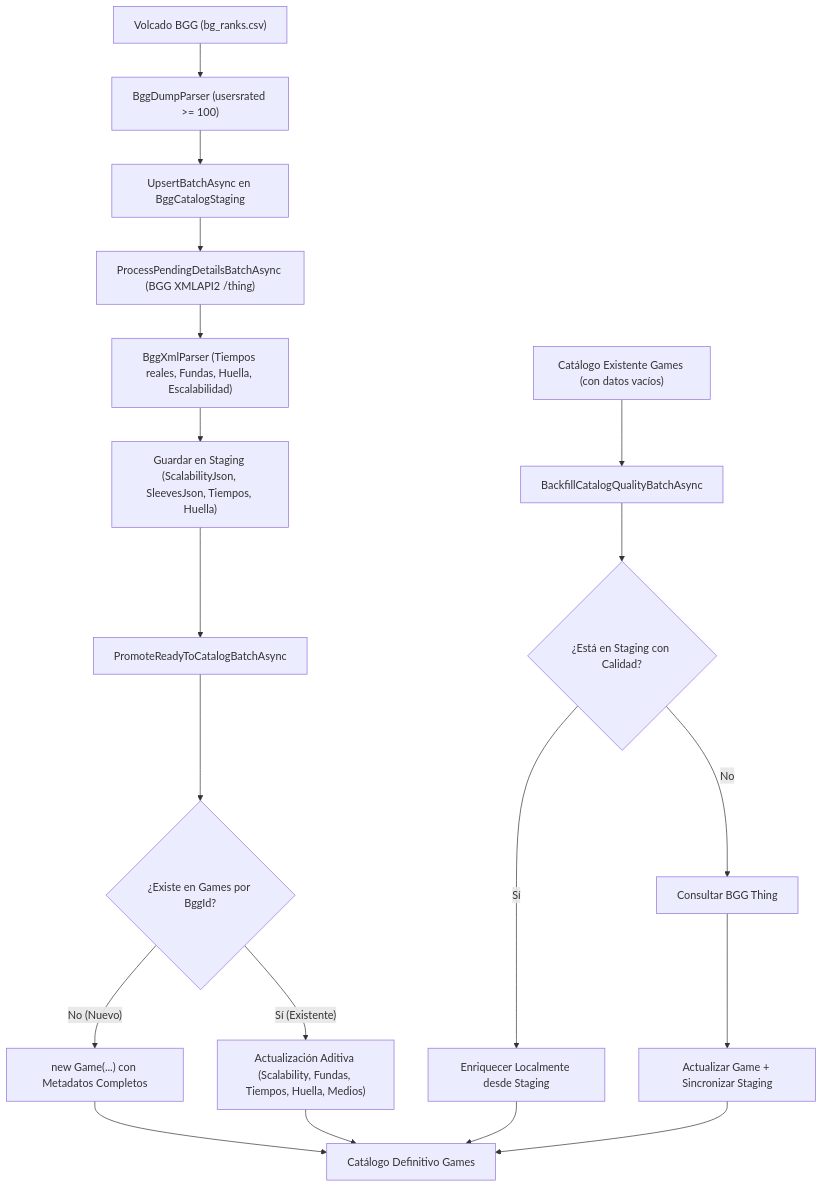
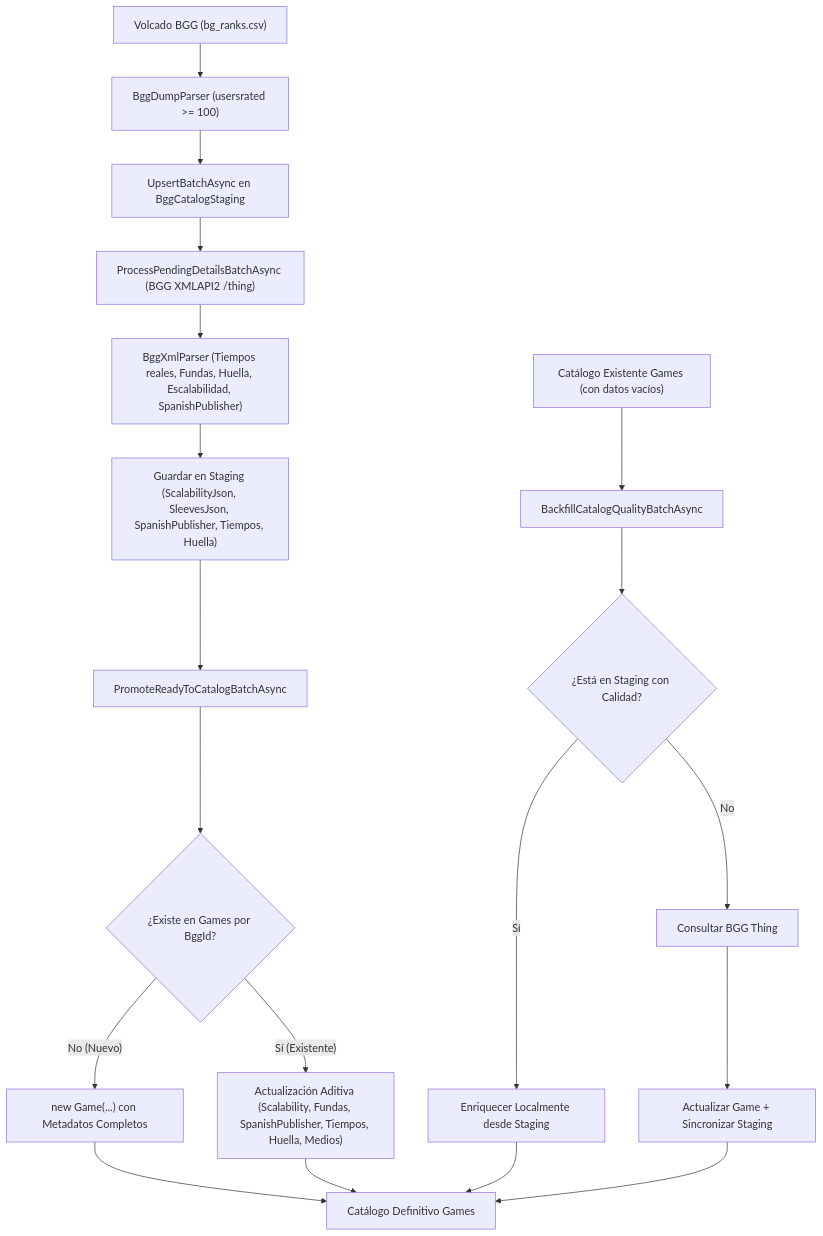
The diagram in openspec/changes/change-73-ingesta-enriquecimiento-catalogo/design.md (IGutierrezZ/ludeka), drawn with Mermaid before and after one commit. The commit also changed other lines of this file and 3 other files, not shown here.

````diff
--- a/openspec/changes/change-73-ingesta-enriquecimiento-catalogo/design.md
+++ b/openspec/changes/change-73-ingesta-enriquecimiento-catalogo/design.md
@@ -49,24 +73,24 @@
 ```mermaid
 flowchart TD
     A["Volcado BGG (bg_ranks.csv)"] --> B["BggDumpParser (usersrated >= 100)"]
     B --> C["UpsertBatchAsync en BggCatalogStaging"]
     
     C --> D["ProcessPendingDetailsBatchAsync (BGG XMLAPI2 /thing)"]
-    D --> E["BggXmlParser (Tiempos reales, Fundas, Huella, Escalabilidad)"]
-    E --> F["Guardar en Staging (ScalabilityJson, SleevesJson, Tiempos, Huella)"]
+    D --> E["BggXmlParser (Tiempos reales, Fundas, Huella, Escalabilidad, SpanishPublisher)"]
+    E --> F["Guardar en Staging (ScalabilityJson, SleevesJson, SpanishPublisher, Tiempos, Huella)"]
     
     F --> G["PromoteReadyToCatalogBatchAsync"]
     G --> H{"¿Existe en Games por BggId?"}
     H -- "No (Nuevo)" --> I["new Game(...) con Metadatos Completos"]
-    H -- "Sí (Existente)" --> J["Actualización Aditiva (Scalability, Fundas, Tiempos, Huella, Medios)"]
+    H -- "Sí (Existente)" --> J["Actualización Aditiva (Scalability, Fundas, SpanishPublisher, Tiempos, Huella, Medios)"]
     I --> K["Catálogo Definitivo Games"]
     J --> K
     
     L["Catálogo Existente Games (con datos vacíos)"] --> M["BackfillCatalogQualityBatchAsync"]
     M --> N{"¿Está en Staging con Calidad?"}
     N -- "Sí" --> O["Enriquecer Localmente desde Staging"]
     N -- "No" --> P["Consultar BGG Thing"]
     P --> Q["Actualizar Game + Sincronizar Staging"]
     O --> K
     Q --> K
 ```
````
